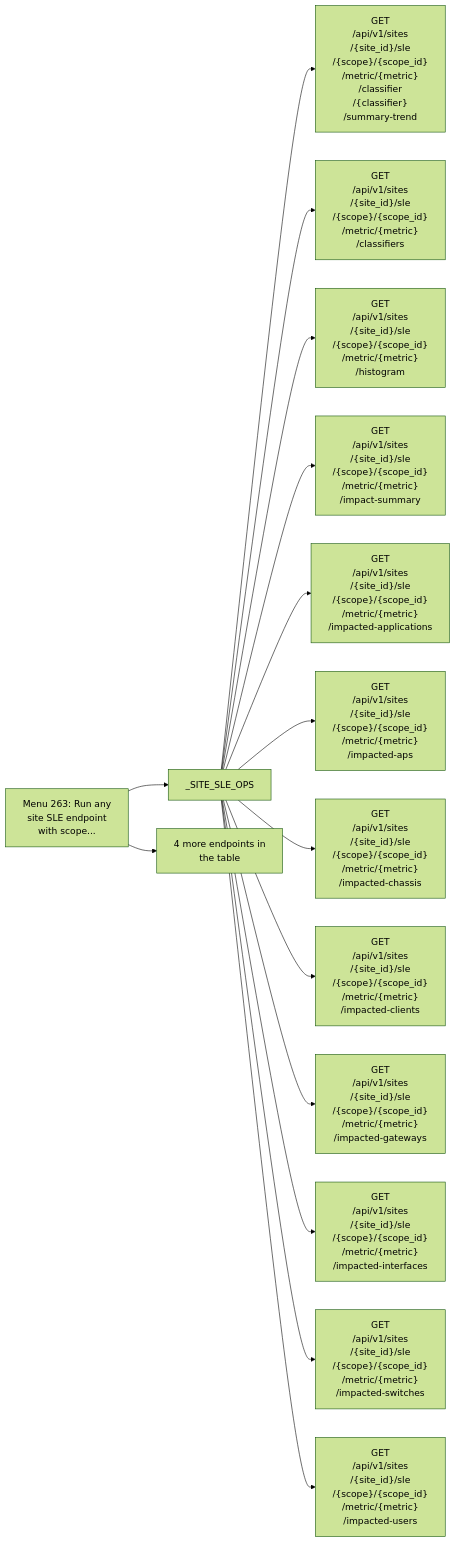
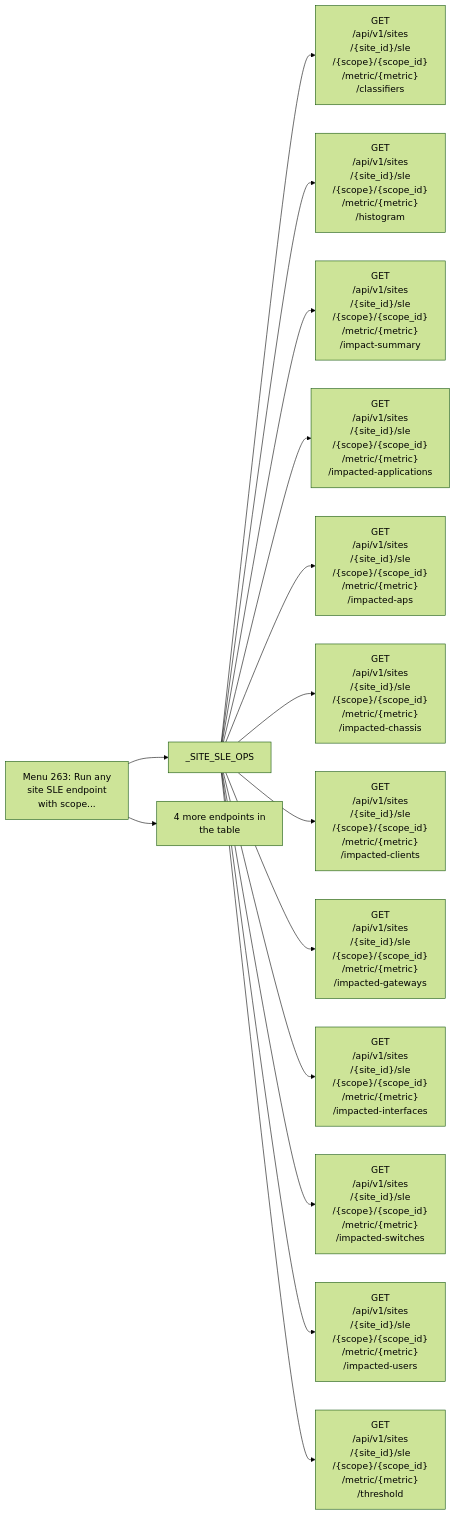
One commit to jmorrison-juniper/MistHelper changed diagram 20 of 27 in documentation/menu-api/interactive-safe.md. Above: the diagram before and after it, drawn with Mermaid (forest theme). The commit also changed other lines of this file and 17 other files, not shown here.

First line of the commit message:
fix(export): retain documented SLE trend objects

````diff
--- a/documentation/menu-api/interactive-safe.md
+++ b/documentation/menu-api/interactive-safe.md
@@ -1532,18 +1532,18 @@
 ```mermaid
 flowchart LR
     menu["Menu 263: Run any<br/>site SLE endpoint<br/>with scope..."]
     menu --> c1["_SITE_SLE_OPS"]
-    c1 --> e1["GET<br/>/api/v1/sites<br/>/{site_id}/sle<br/>/{scope}/{scope_id}<br/>/metric/{metric}<br/>/classifier<br/>/{classifier}<br/>/summary-trend"]
-    c1 --> e2["GET<br/>/api/v1/sites<br/>/{site_id}/sle<br/>/{scope}/{scope_id}<br/>/metric/{metric}<br/>/classifiers"]
-    c1 --> e3["GET<br/>/api/v1/sites<br/>/{site_id}/sle<br/>/{scope}/{scope_id}<br/>/metric/{metric}<br/>/histogram"]
-    c1 --> e4["GET<br/>/api/v1/sites<br/>/{site_id}/sle<br/>/{scope}/{scope_id}<br/>/metric/{metric}<br/>/impact-summary"]
-    c1 --> e5["GET<br/>/api/v1/sites<br/>/{site_id}/sle<br/>/{scope}/{scope_id}<br/>/metric/{metric}<br/>/impacted-applications"]
-    c1 --> e6["GET<br/>/api/v1/sites<br/>/{site_id}/sle<br/>/{scope}/{scope_id}<br/>/metric/{metric}<br/>/impacted-aps"]
-    c1 --> e7["GET<br/>/api/v1/sites<br/>/{site_id}/sle<br/>/{scope}/{scope_id}<br/>/metric/{metric}<br/>/impacted-chassis"]
-    c1 --> e8["GET<br/>/api/v1/sites<br/>/{site_id}/sle<br/>/{scope}/{scope_id}<br/>/metric/{metric}<br/>/impacted-clients"]
-    c1 --> e9["GET<br/>/api/v1/sites<br/>/{site_id}/sle<br/>/{scope}/{scope_id}<br/>/metric/{metric}<br/>/impacted-gateways"]
-    c1 --> e10["GET<br/>/api/v1/sites<br/>/{site_id}/sle<br/>/{scope}/{scope_id}<br/>/metric/{metric}<br/>/impacted-interfaces"]
-    c1 --> e11["GET<br/>/api/v1/sites<br/>/{site_id}/sle<br/>/{scope}/{scope_id}<br/>/metric/{metric}<br/>/impacted-switches"]
-    c1 --> e12["GET<br/>/api/v1/sites<br/>/{site_id}/sle<br/>/{scope}/{scope_id}<br/>/metric/{metric}<br/>/impacted-users"]
+    c1 --> e1["GET<br/>/api/v1/sites<br/>/{site_id}/sle<br/>/{scope}/{scope_id}<br/>/metric/{metric}<br/>/classifiers"]
+    c1 --> e2["GET<br/>/api/v1/sites<br/>/{site_id}/sle<br/>/{scope}/{scope_id}<br/>/metric/{metric}<br/>/histogram"]
+    c1 --> e3["GET<br/>/api/v1/sites<br/>/{site_id}/sle<br/>/{scope}/{scope_id}<br/>/metric/{metric}<br/>/impact-summary"]
+    c1 --> e4["GET<br/>/api/v1/sites<br/>/{site_id}/sle<br/>/{scope}/{scope_id}<br/>/metric/{metric}<br/>/impacted-applications"]
+    c1 --> e5["GET<br/>/api/v1/sites<br/>/{site_id}/sle<br/>/{scope}/{scope_id}<br/>/metric/{metric}<br/>/impacted-aps"]
+    c1 --> e6["GET<br/>/api/v1/sites<br/>/{site_id}/sle<br/>/{scope}/{scope_id}<br/>/metric/{metric}<br/>/impacted-chassis"]
+    c1 --> e7["GET<br/>/api/v1/sites<br/>/{site_id}/sle<br/>/{scope}/{scope_id}<br/>/metric/{metric}<br/>/impacted-clients"]
+    c1 --> e8["GET<br/>/api/v1/sites<br/>/{site_id}/sle<br/>/{scope}/{scope_id}<br/>/metric/{metric}<br/>/impacted-gateways"]
+    c1 --> e9["GET<br/>/api/v1/sites<br/>/{site_id}/sle<br/>/{scope}/{scope_id}<br/>/metric/{metric}<br/>/impacted-interfaces"]
+    c1 --> e10["GET<br/>/api/v1/sites<br/>/{site_id}/sle<br/>/{scope}/{scope_id}<br/>/metric/{metric}<br/>/impacted-switches"]
+    c1 --> e11["GET<br/>/api/v1/sites<br/>/{site_id}/sle<br/>/{scope}/{scope_id}<br/>/metric/{metric}<br/>/impacted-users"]
+    c1 --> e12["GET<br/>/api/v1/sites<br/>/{site_id}/sle<br/>/{scope}/{scope_id}<br/>/metric/{metric}<br/>/threshold"]
     menu --> more["4 more endpoints in<br/>the table"]
 ```
````
